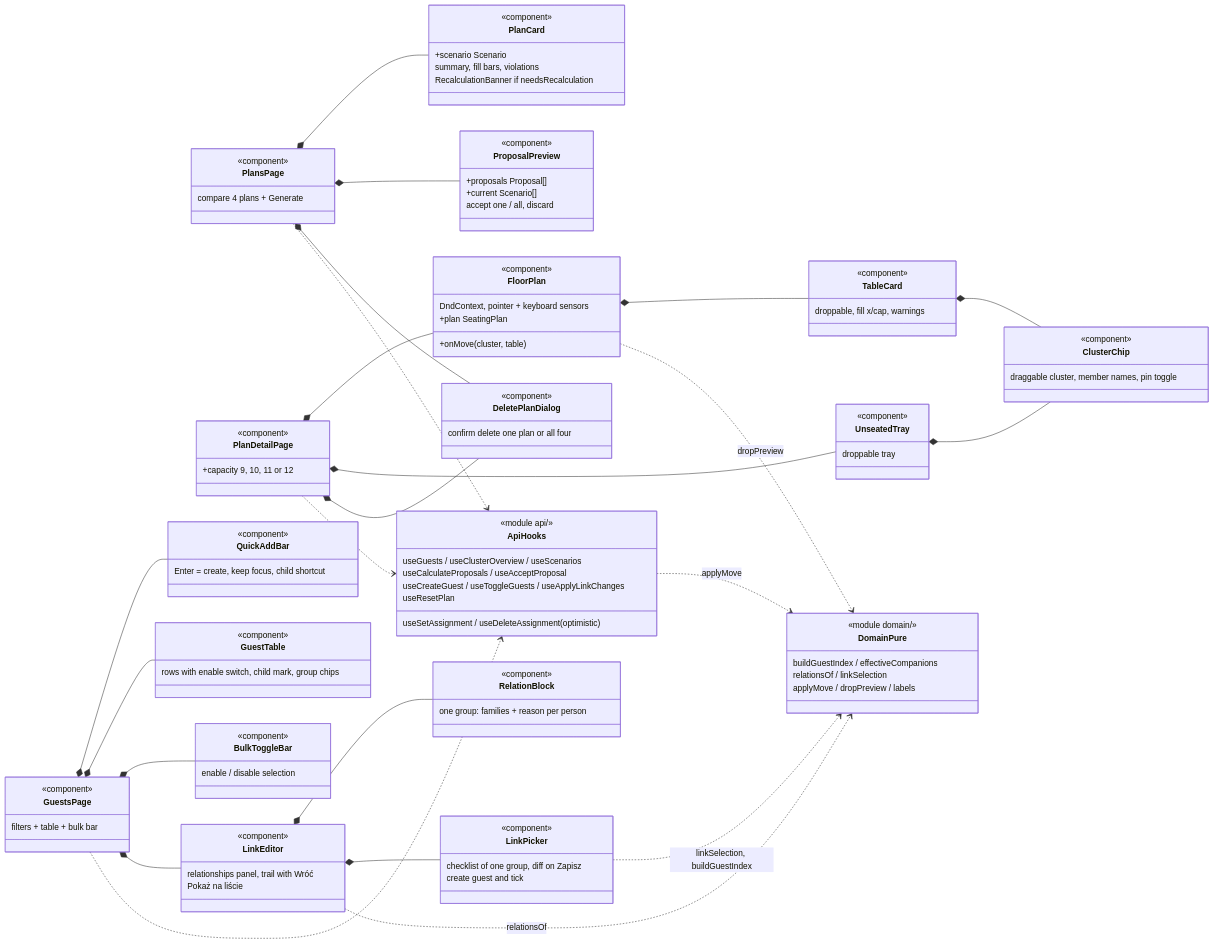
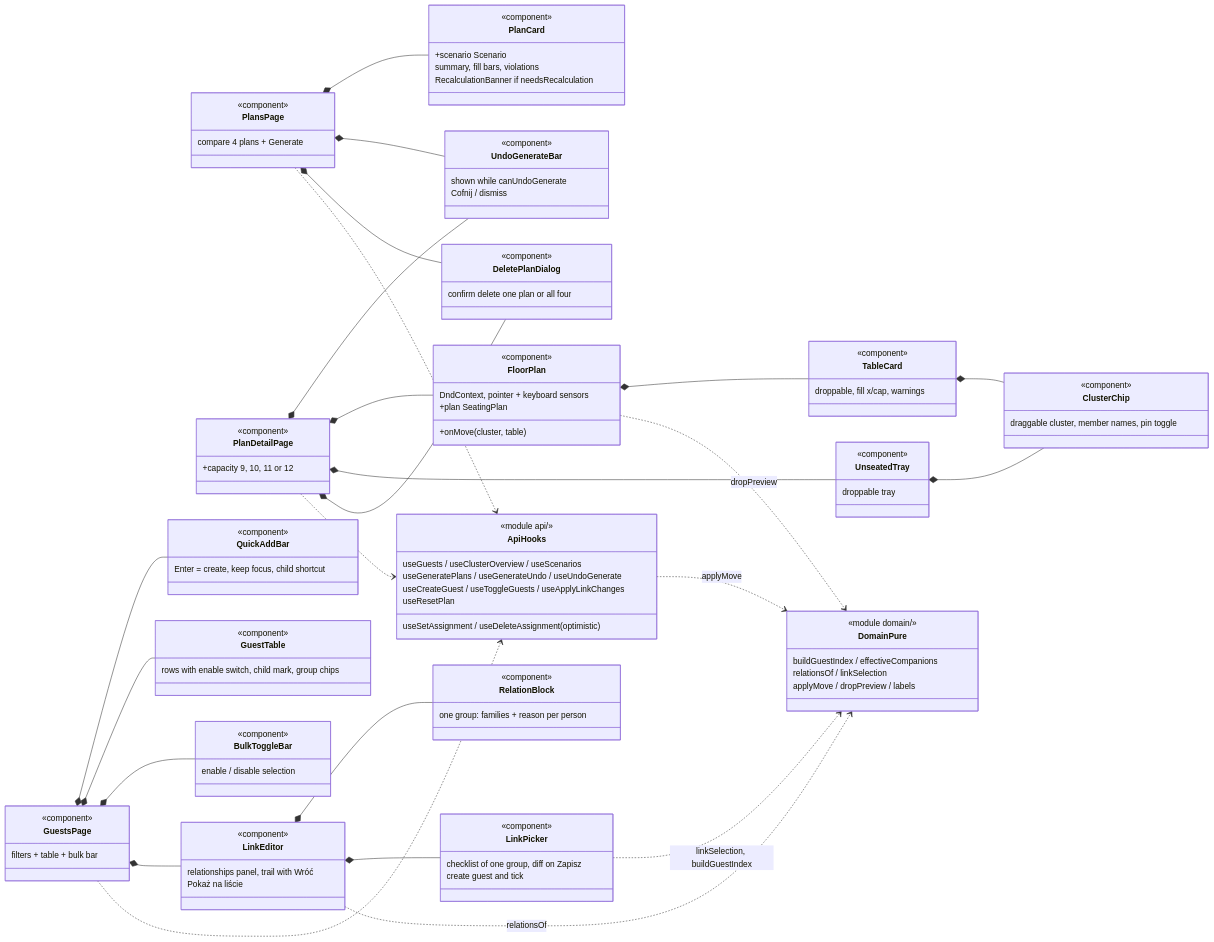
Before and after one commit to emicon123/wedding-seating-planner: the second of 2 diagrams in docs/architecture/diagrams/003-frontend-design.md, drawn with Mermaid. The commit also changed other lines of this file and 17 other files, not shown here.

First line of the commit message:
feat(architecture): Generate stores all four plans at once, Cofnij undo (task 007, phase A)

```diff
--- a/docs/architecture/diagrams/003-frontend-design.md
+++ b/docs/architecture/diagrams/003-frontend-design.md
@@ -114,11 +122,10 @@
         summary, fill bars, violations
         RecalculationBanner if needsRecalculation
     }
-    class ProposalPreview {
+    class UndoGenerateBar {
         <<component>>
-        +proposals Proposal[]
-        +current Scenario[]
-        accept one / all, discard
+        shown while canUndoGenerate
+        Cofnij / dismiss
     }
     class PlanDetailPage {
         <<component>>
@@ -179,7 +186,7 @@
     class ApiHooks {
         <<module api/>>
         useGuests / useClusterOverview / useScenarios
-        useCalculateProposals / useAcceptProposal
+        useGeneratePlans / useGenerateUndo / useUndoGenerate
         useSetAssignment / useDeleteAssignment (optimistic)
         useCreateGuest / useToggleGuests / useApplyLinkChanges
         useResetPlan
@@ -192,7 +199,8 @@
     }
 
     PlansPage *-- PlanCard
-    PlansPage *-- ProposalPreview
+    PlansPage *-- UndoGenerateBar
+    PlanDetailPage *-- UndoGenerateBar
     PlanDetailPage *-- FloorPlan
     PlanDetailPage *-- UnseatedTray
     FloorPlan *-- TableCard
```
